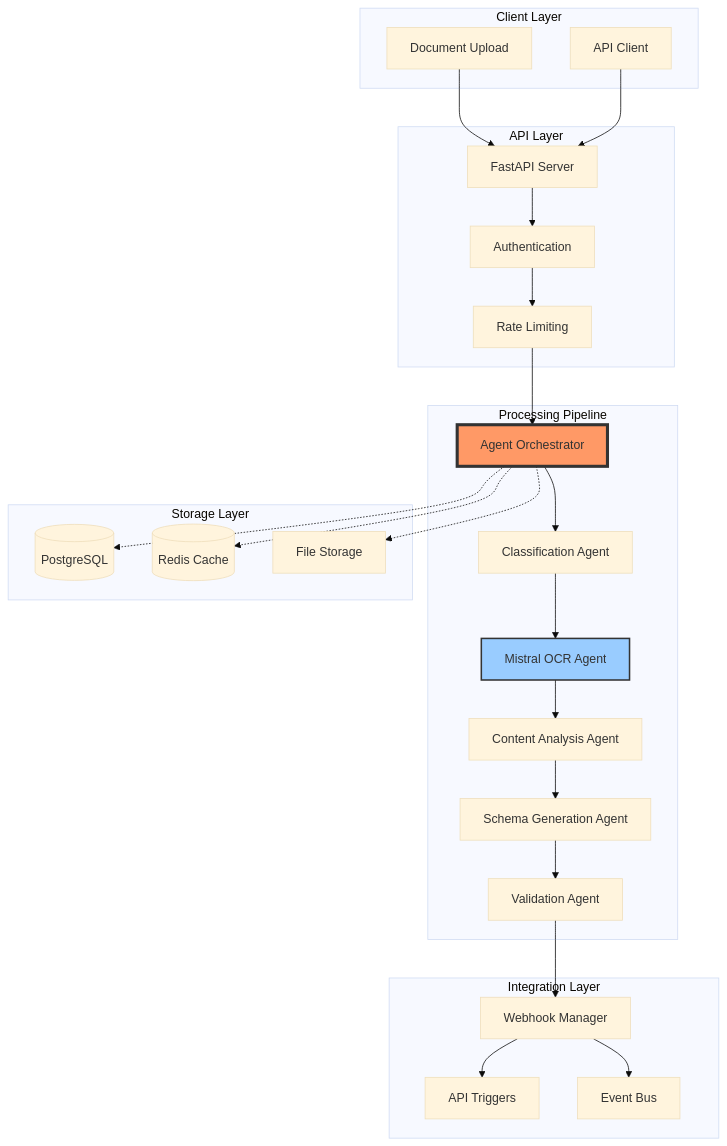
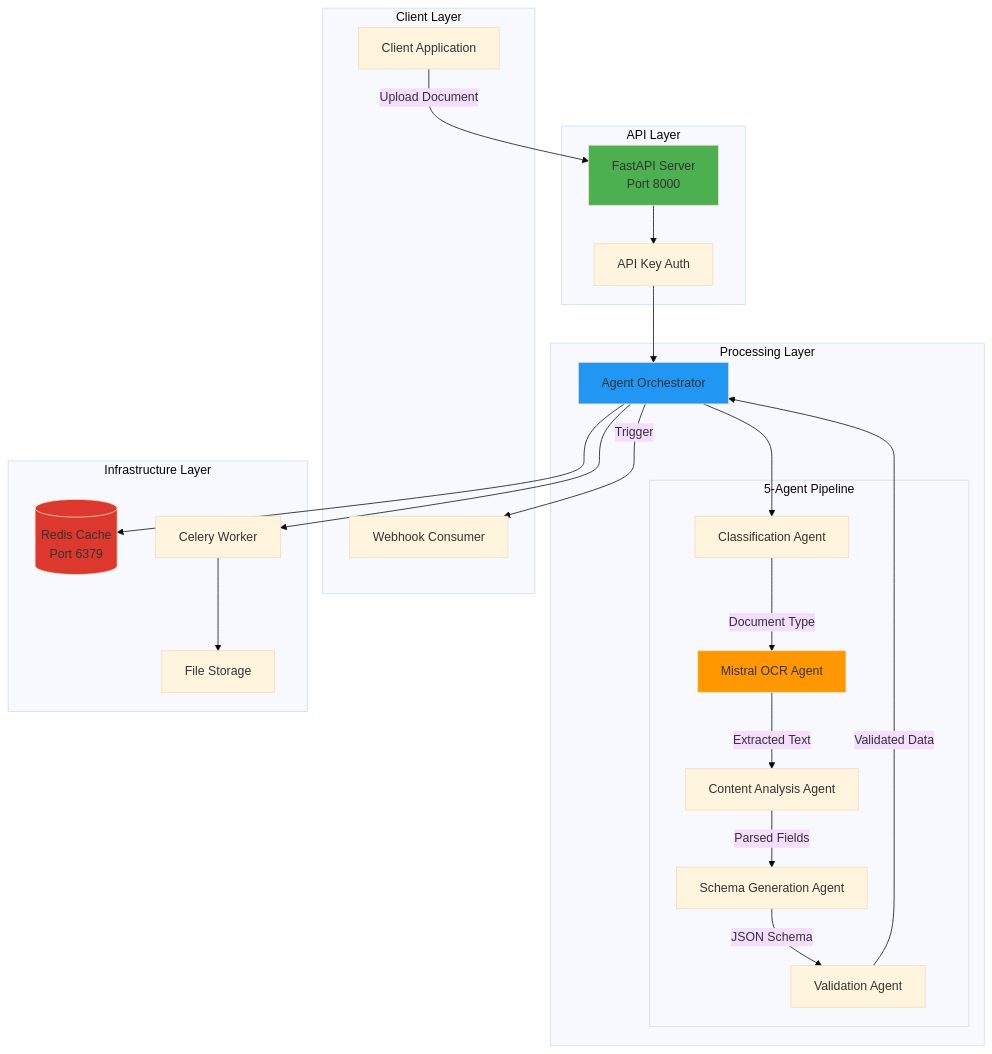
One commit to Tony363/document-ingestion-agent changed the first of 4 diagrams in README.md. Above: the diagram before and after it, drawn with Mermaid (base theme). The commit also changed other lines of this file and 1 other file, not shown here.

````diff
--- a/README.md
+++ b/README.md
@@ -13,57 +35,48 @@
 ```mermaid
 graph TB
     subgraph "Client Layer"
-        A[Document Upload] 
-        B[API Client]
+        Client[Client Application]
+        Webhook[Webhook Consumer]
     end
     
     subgraph "API Layer"
-        C[FastAPI Server]
-        D[Authentication]
-        E[Rate Limiting]
+        FastAPI[FastAPI Server<br/>Port 8000]
+        Auth[API Key Auth]
     end
     
-    subgraph "Processing Pipeline"
-        F[Agent Orchestrator]
-        G[Classification Agent]
-        H[Mistral OCR Agent]
-        I[Content Analysis Agent]
-        J[Schema Generation Agent]
-        K[Validation Agent]
+    subgraph "Processing Layer"
+        Orchestrator[Agent Orchestrator]
+        subgraph "5-Agent Pipeline"
+            CA[Classification Agent]
+            OA[Mistral OCR Agent]
+            AA[Content Analysis Agent]
+            SA[Schema Generation Agent]
+            VA[Validation Agent]
+        end
     end
     
-    subgraph "Storage Layer"
-        L[(PostgreSQL)]
-        M[(Redis Cache)]
-        N[File Storage]
+    subgraph "Infrastructure Layer"
+        Redis[(Redis Cache<br/>Port 6379)]
+        Celery[Celery Worker]
+        Storage[File Storage]
     end
     
-    subgraph "Integration Layer"
-        O[Webhook Manager]
-        P[API Triggers]
-        Q[Event Bus]
-    end
+    Client -->|Upload Document| FastAPI
+    FastAPI --> Auth
+    Auth --> Orchestrator
+    Orchestrator --> CA
+    CA -->|Document Type| OA
+    OA -->|Extracted Text| AA
+    AA -->|Parsed Fields| SA
+    SA -->|JSON Schema| VA
+    VA -->|Validated Data| Orchestrator
+    Orchestrator --> Redis
+    Orchestrator --> Celery
+    Celery --> Storage
+    Orchestrator -->|Trigger| Webhook
     
-    A --> C
-    B --> C
-    C --> D
-    D --> E
-    E --> F
-    
-    F --> G
-    G --> H
-    H --> I
-    I --> J
-    J --> K
-    K --> O
-    
-    F -.-> L
-    F -.-> M
-    F -.-> N
-    
-    O --> P
-    O --> Q
-    
-    style F fill:#f96,stroke:#333,stroke-width:4px
-    style H fill:#9cf,stroke:#333,stroke-width:2px
+    style FastAPI fill:#4CAF50
+    style Orchestrator fill:#2196F3
+    style Redis fill:#DC382D
+    style OA fill:#FF9800
 ```
````
